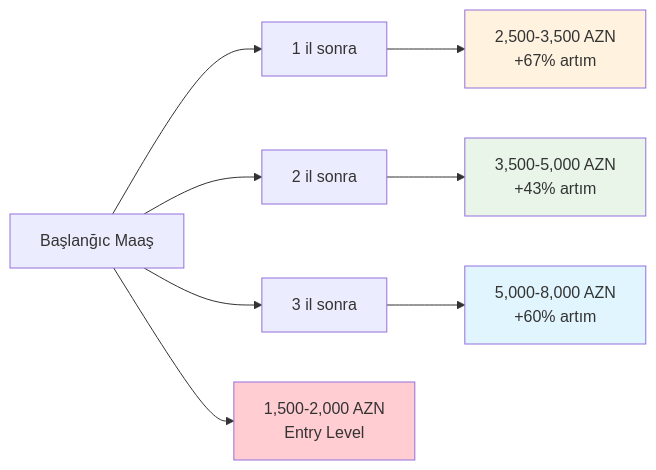
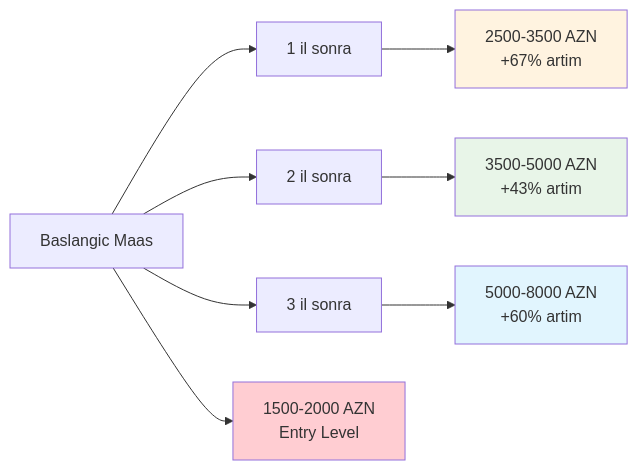
The fourth of 4 diagrams in README.md (nes10r/D-A-e-m-hasibatl-q-f-nni), drawn with Mermaid before and after one commit. The commit also changed other lines of this file, not shown here.

Commit message:
Mermaid diaqramlarinda GitHub uchun Azərbaycan herfleri duzeldildi

````diff
--- a/README.md
+++ b/README.md
@@ -219,16 +219,16 @@
 ```mermaid
 graph LR
-    A[Başlanğıc Maaş] --> B[1 il sonra]
+    A[Baslangic Maas] --> B[1 il sonra]
     A --> C[2 il sonra]
     A --> D[3 il sonra]
     
-    A --> A1[1,500-2,000 AZN<br/>Entry Level]
-    B --> B1[2,500-3,500 AZN<br/>+67% artım]
-    C --> C1[3,500-5,000 AZN<br/>+43% artım]
-    D --> D1[5,000-8,000 AZN<br/>+60% artım]
+    A --> A1[1500-2000 AZN<br/>Entry Level]
+    B --> B1[2500-3500 AZN<br/>+67% artim]
+    C --> C1[3500-5000 AZN<br/>+43% artim]
+    D --> D1[5000-8000 AZN<br/>+60% artim]
     
     style A1 fill:#ffcdd2
     style B1 fill:#fff3e0
     style C1 fill:#e8f5e8
     style D1 fill:#e1f5fe
 ```
````
